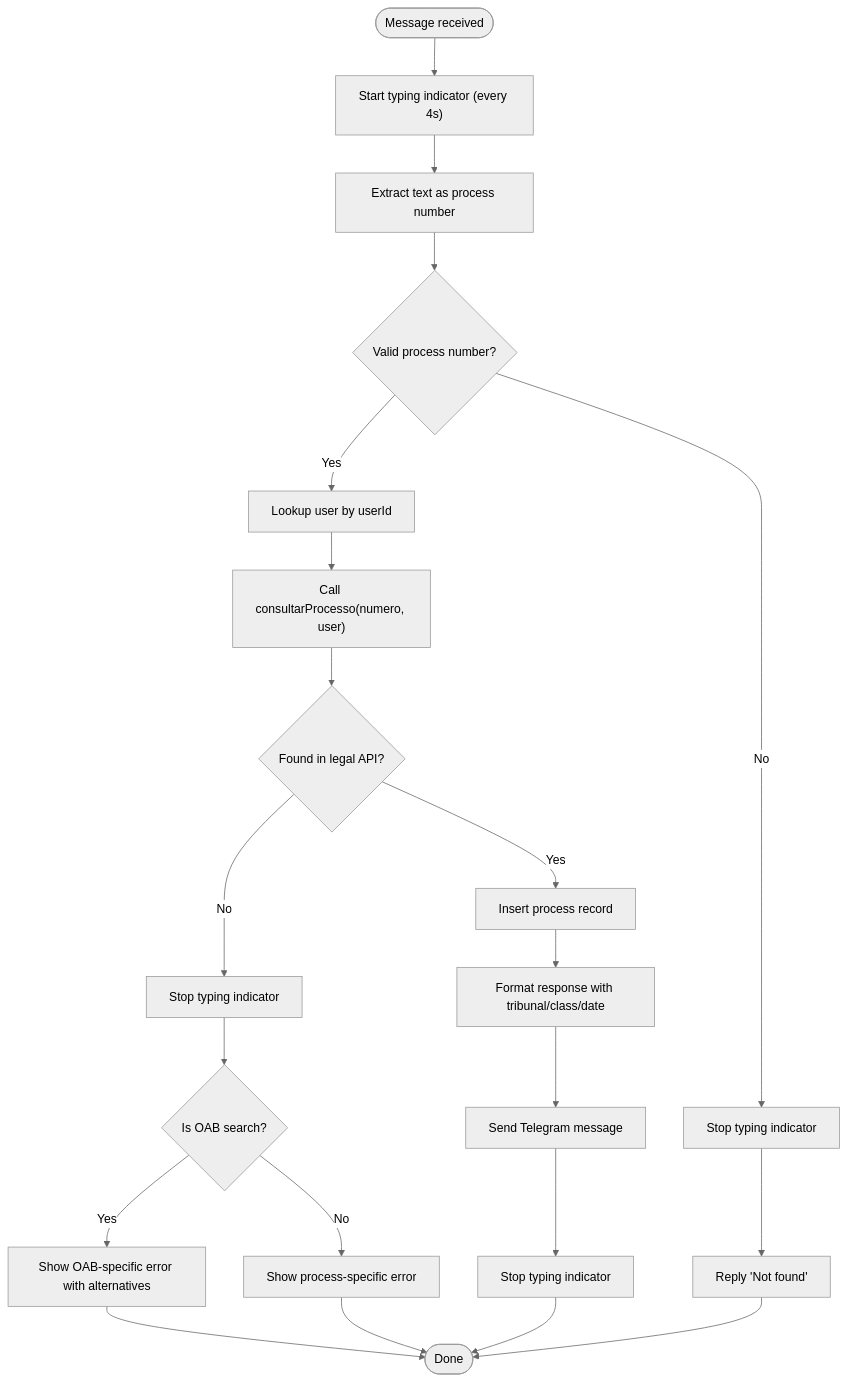
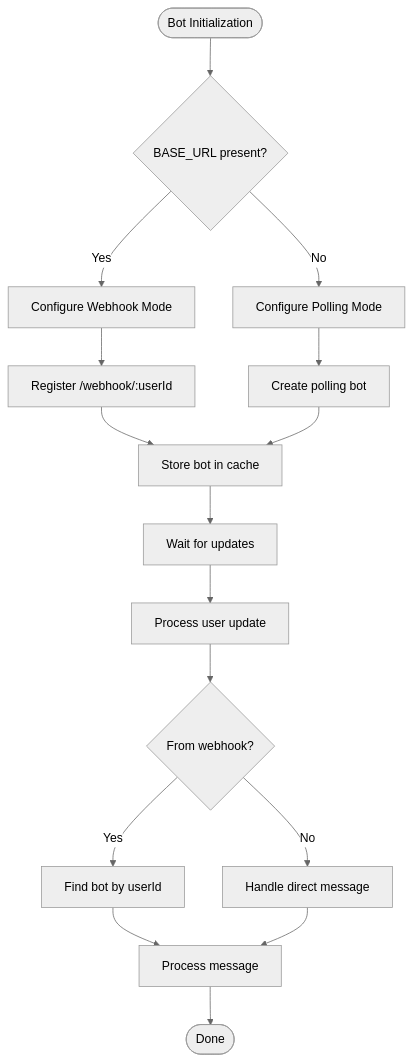
The third of 11 diagrams in .qoder/repowiki/en/content/Telegram Bot Integration/Telegram Bot Integration.md (Alexandrexicara/bot-processos), drawn with Mermaid (neutral theme) before and after one commit. The commit also changed other lines of this file and 6 other files, not shown here.

````diff
--- a/.qoder/repowiki/en/content/Telegram Bot Integration/Telegram Bot Integration.md
+++ b/.qoder/repowiki/en/content/Telegram Bot Integration/Telegram Bot Integration.md
@@ -193,23 +191,18 @@
 ```mermaid
 flowchart TD
-Start(["Message received"]) --> StartTyping["Start typing indicator (every 4s)"]
-StartTyping --> Parse["Extract text as process number"]
-Parse --> Validate{"Valid process number?"}
-Validate --> |No| StopTyping["Stop typing indicator"]
-StopTyping --> ReplyNotFound["Reply 'Not found'"]
-Validate --> |Yes| LookupUser["Lookup user by userId"]
-LookupUser --> CallAPI["Call consultarProcesso(numero, user)"]
-CallAPI --> Found{"Found in legal API?"}
-Found --> |No| StopTyping2["Stop typing indicator"]
-StopTyping2 --> CheckType{"Is OAB search?"}
-CheckType --> |Yes| OABError["Show OAB-specific error with alternatives"]
-CheckType --> |No| ProcessError["Show process-specific error"]
-OABError --> End(["Done"])
-ProcessError --> End
-Found --> |Yes| InsertDB["Insert process record"]
-InsertDB --> FormatResp["Format response with tribunal/class/date"]
-FormatResp --> SendMsg["Send Telegram message"]
-SendMsg --> StopTyping3["Stop typing indicator"]
-StopTyping3 --> End(["Done"])
-ReplyNotFound --> End
+Start(["Bot Initialization"]) --> CheckEnv{"BASE_URL present?"}
+CheckEnv --> |Yes| SetWebhook["Configure Webhook Mode"]
+CheckEnv --> |No| SetPolling["Configure Polling Mode"]
+SetWebhook --> RegisterWebhook["Register /webhook/:userId"]
+RegisterWebhook --> StoreBot["Store bot in cache"]
+SetPolling --> CreateBot["Create polling bot"]
+CreateBot --> StoreBot
+StoreBot --> WaitUpdates["Wait for updates"]
+WaitUpdates --> ProcessUpdate["Process user update"]
+ProcessUpdate --> HandleWebhook{"From webhook?"}
+HandleWebhook --> |Yes| FindBot["Find bot by userId"]
+HandleWebhook --> |No| DirectMessage["Handle direct message"]
+FindBot --> ProcessMessage["Process message"]
+DirectMessage --> ProcessMessage
+ProcessMessage --> End(["Done"])
 ```
````
